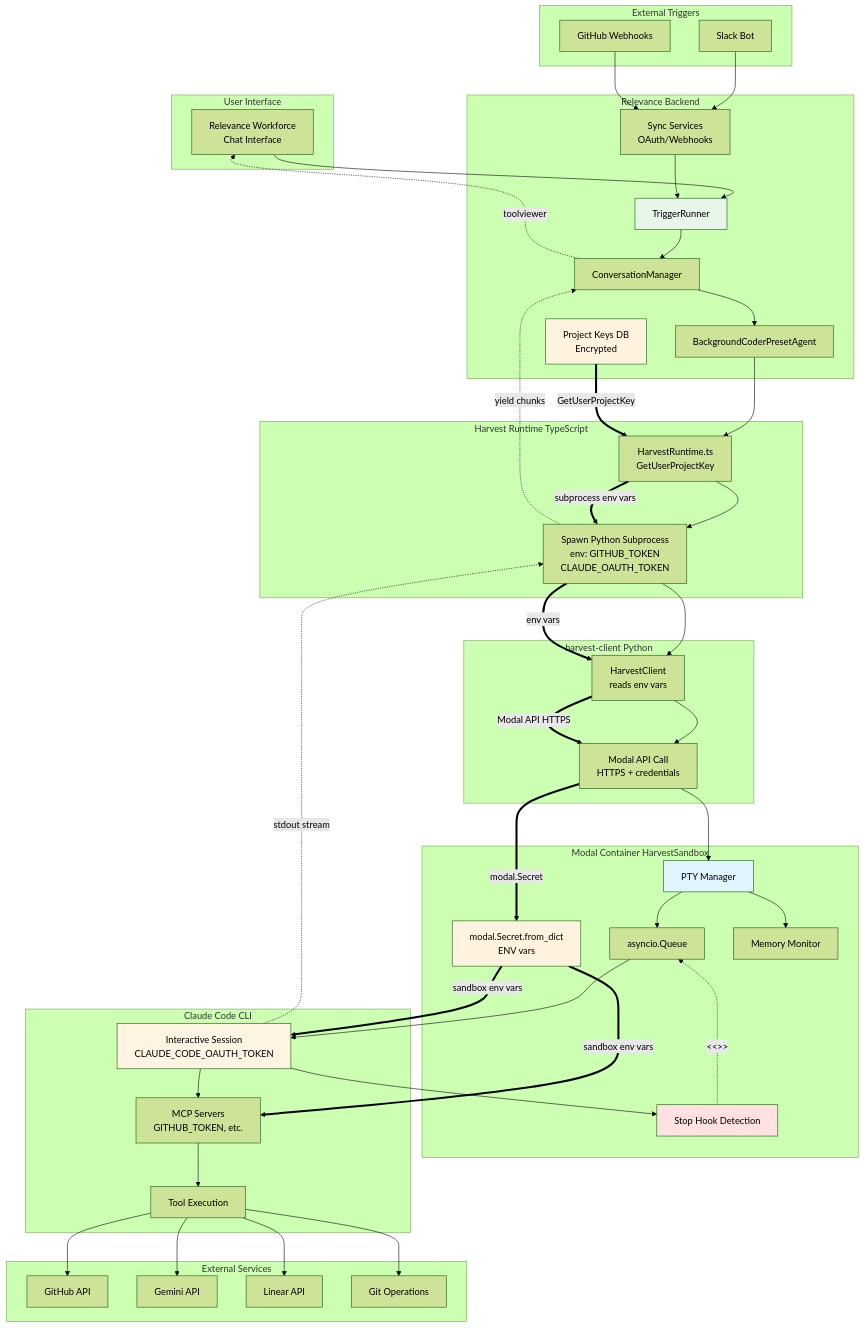
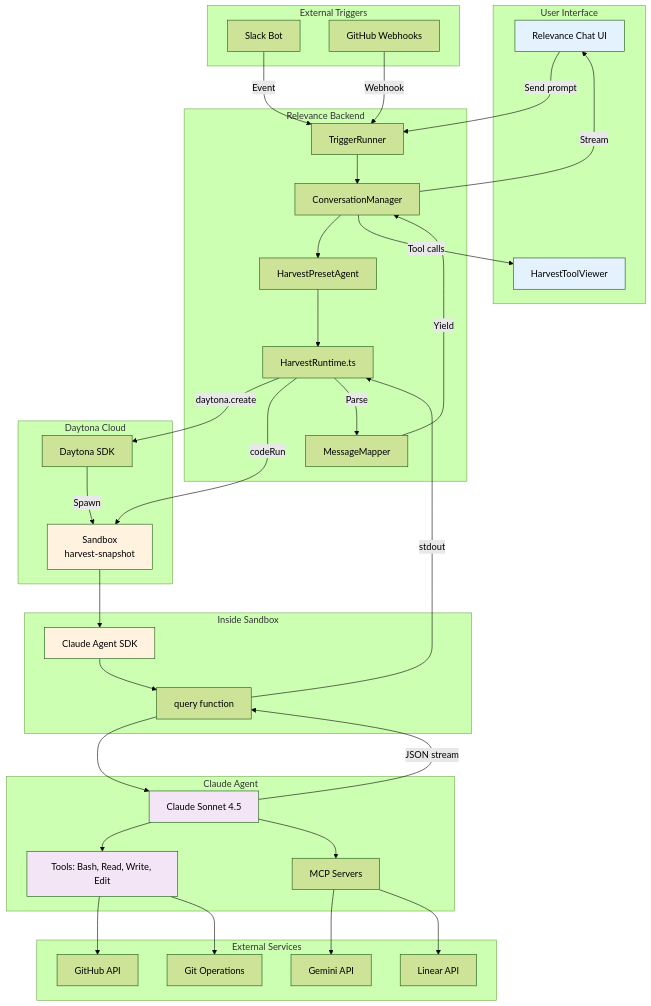
One commit to RelevanceAI/harvest changed the diagram in README.md. Above: the diagram before and after it, drawn with Mermaid (forest theme). The commit also changed other lines of this file and 34 other files, not shown here.

````diff
--- a/README.md
+++ b/README.md
@@ -42,92 +45,80 @@
 ```mermaid
 graph TD
     subgraph "User Interface"
-        A0[Relevance Workforce<br/>Chat Interface]
+        UI[Relevance Chat UI]
+        TV[HarvestToolViewer]
     end
 
     subgraph "External Triggers"
-        A2[Slack Bot]
-        A3[GitHub Webhooks]
+        SL[Slack Bot]
+        GH[GitHub Webhooks]
     end
 
     subgraph "Relevance Backend"
-        B0[Project Keys DB<br/>Encrypted]
-        B1[Sync Services<br/>OAuth/Webhooks]
-        B2[TriggerRunner]
-        B3[ConversationManager]
-        B4[BackgroundCoderPresetAgent]
+        TR[TriggerRunner]
+        CM[ConversationManager]
+        HP[HarvestPresetAgent]
+        HR[HarvestRuntime.ts]
+        MM[MessageMapper]
     end
 
-    subgraph "Harvest Runtime TypeScript"
-        C1[HarvestRuntime.ts<br/>GetUserProjectKey]
-        C2[Spawn Python Subprocess<br/>env: GITHUB_TOKEN<br/>CLAUDE_OAUTH_TOKEN]
+    subgraph "Daytona Cloud"
+        DS[Daytona SDK]
+        SB[Sandbox<br/>harvest-snapshot]
     end
 
-    subgraph "harvest-client Python"
-        D1[HarvestClient<br/>reads env vars]
-        D2[Modal API Call<br/>HTTPS + credentials]
+    subgraph "Inside Sandbox"
+        SDK[Claude Agent SDK]
+        QF[query function]
     end
 
-    subgraph "Modal Container HarvestSandbox"
-        E0[modal.Secret.from_dict<br/>ENV vars]
-        E1[PTY Manager]
-        E2[asyncio.Queue]
-        E3[Stop Hook Detection]
-        E4[Memory Monitor]
-    end
-
-    subgraph "Claude Code CLI"
-        F1[Interactive Session<br/>CLAUDE_CODE_OAUTH_TOKEN]
-        F2[MCP Servers<br/>GITHUB_TOKEN, etc.]
-        F3[Tool Execution]
+    subgraph "Claude Agent"
+        CA[Claude Sonnet 4.5]
+        TL[Tools: Bash, Read, Write, Edit]
+        MCP[MCP Servers]
     end
 
     subgraph "External Services"
-        G1[GitHub API]
-        G2[Gemini API]
-        G3[Linear API]
-        G4[Git Operations]
+        GHA[GitHub API]
+        GEM[Gemini API]
+        LIN[Linear API]
+        GIT[Git Operations]
     end
 
-    A0 --> B2
-    A2 --> B1
-    A3 --> B1
-    B1 --> B2
-    B2 --> B3
-    B3 --> B4
-    B4 --> C1
-    C1 --> C2
-    C2 --> D1
-    D1 --> D2
-    D2 --> E1
-    E1 --> E2
-    E2 --> F1
-    F1 --> E3
-    E3 -.->|<<<CLAUDE_DONE>>>| E2
-    E1 --> E4
-    F1 --> F2
-    F2 --> F3
-    F3 --> G1
-    F3 --> G2
-    F3 --> G3
-    F3 --> G4
+    UI -->|Send prompt| TR
+    SL -->|Event| TR
+    GH -->|Webhook| TR
 
-    F1 -.->|stdout stream| C2
-    C2 -.->|yield chunks| B3
-    B3 -.->|toolviewer| A0
+    TR --> CM
+    CM --> HP
+    HP --> HR
 
-    B0 ==>|GetUserProjectKey| C1
-    C1 ==>|subprocess env vars| C2
-    C2 ==>|env vars| D1
-    D1 ==>|Modal API HTTPS| D2
-    D2 ==>|modal.Secret| E0
-    E0 ==>|sandbox env vars| F1
-    E0 ==>|sandbox env vars| F2
+    HR -->|daytona.create| DS
+    DS -->|Spawn| SB
+    HR -->|codeRun| SB
 
-    style E1 fill:#e1f5ff
-    style F1 fill:#fff4e1
-    style E3 fill:#ffe1e1
-    style B2 fill:#e8f5e9
-    style B0 fill:#fff3e0
-    style E0 fill:#fff3e0
+    SB --> SDK
+    SDK --> QF
+    QF --> CA
+
+    CA --> TL
+    TL --> GHA
+    TL --> GIT
+    CA --> MCP
+    MCP --> GEM
+    MCP --> LIN
+
+    CA -->|JSON stream| QF
+    QF -->|stdout| HR
+    HR -->|Parse| MM
+    MM -->|Yield| CM
+    CM -->|Stream| UI
+    CM -->|Tool calls| TV
+
+    style UI fill:#e3f2fd
+    style TV fill:#e3f2fd
+    style SB fill:#fff3e0
+    style SDK fill:#fff3e0
+    style CA fill:#f3e5f5
+    style TL fill:#f3e5f5
 ```
````
